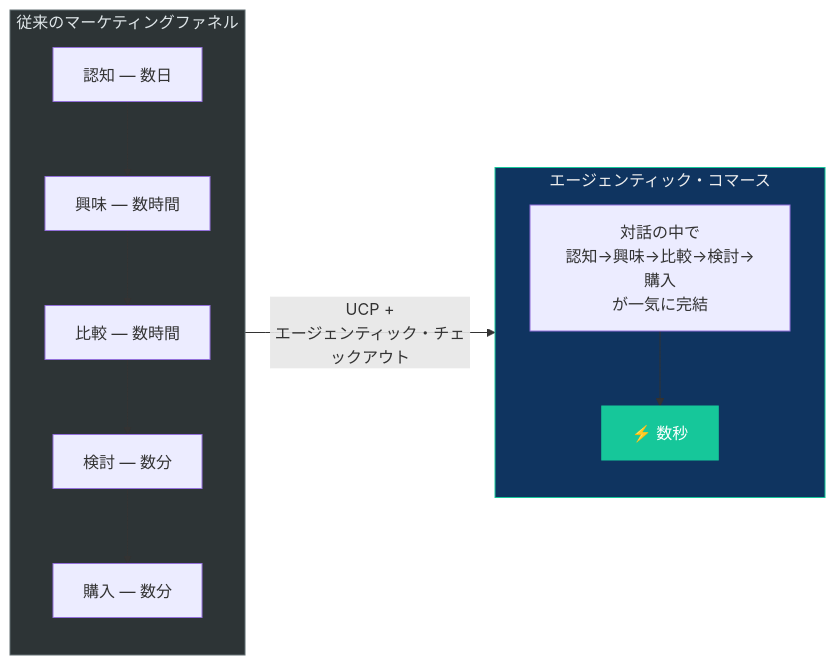
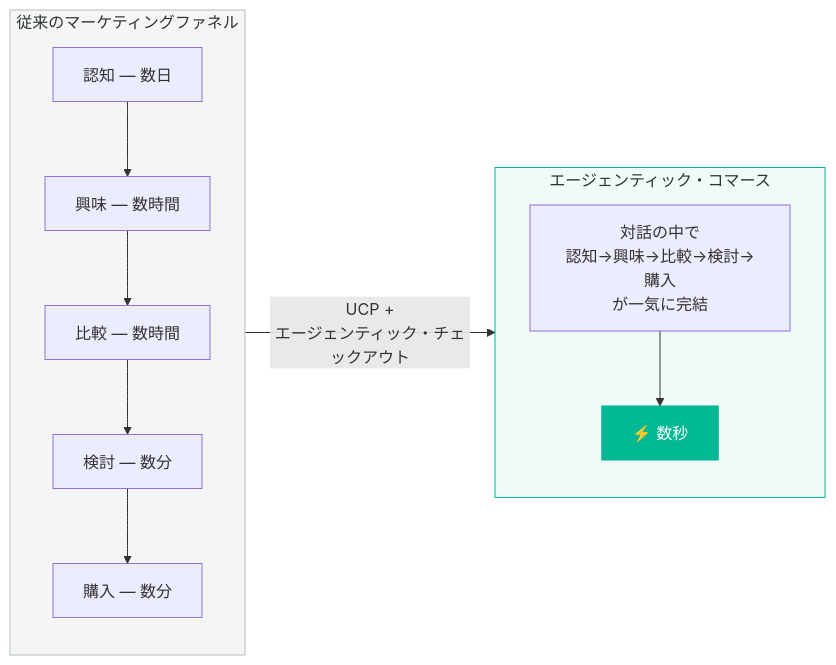
Before and after one commit to Leading-AI-IO/advertising-redesigned: the seventh of 9 diagrams in docs/jp/advertising_redesigned_jp.md, drawn with Mermaid. The commit also changed other lines of this file, not shown here.

````diff
--- a/docs/jp/advertising_redesigned_jp.md
+++ b/docs/jp/advertising_redesigned_jp.md
@@ -1025,25 +1025,25 @@
 ```mermaid
 flowchart LR
     subgraph TRADITIONAL["従来のマーケティングファネル"]
         direction TB
         F1["認知 — 数日"]
         F2["興味 — 数時間"]
         F3["比較 — 数時間"]
         F4["検討 — 数分"]
         F5["購入 — 数分"]
         F1 --> F2 --> F3 --> F4 --> F5
     end
 
     subgraph AGENTIC["エージェンティック・コマース"]
         direction TB
         A1["対話の中で\n認知→興味→比較→検討→購入\nが一気に完結"]
         A2["⚡ 数秒"]
         A1 --> A2
     end
 
     TRADITIONAL -- "UCP +\nエージェンティック・チェックアウト" --> AGENTIC
 
-    style TRADITIONAL fill:#2d3436,stroke:#636e72,color:#dfe6e9
-    style AGENTIC fill:#0f3460,stroke:#16c79a,color:#eee
-    style A2 fill:#16c79a,stroke:#16c79a,color:#fff
+    style TRADITIONAL fill:#f5f5f5,stroke:#b2bec3,color:#2d3436
+    style AGENTIC fill:#f0faf6,stroke:#00b894,color:#2d3436
+    style A2 fill:#00b894,stroke:#00b894,color:#fff
 ```
````
